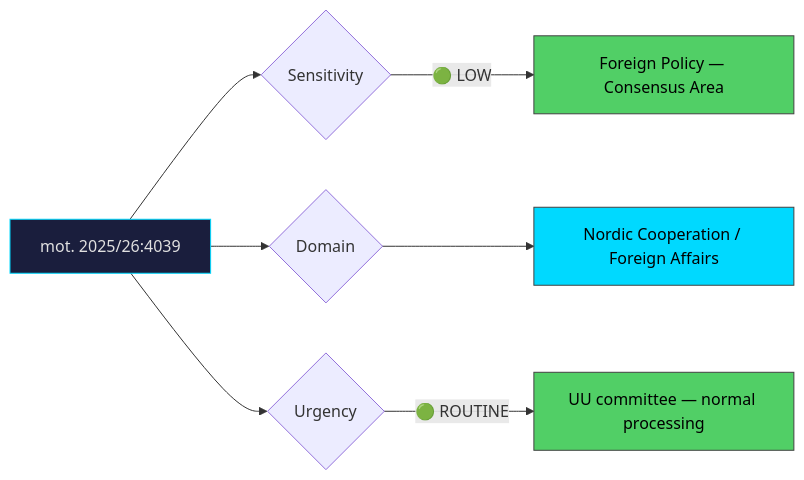
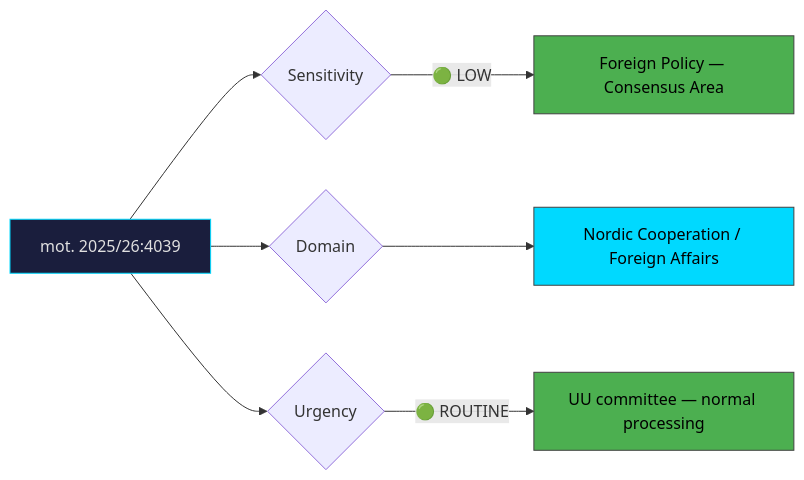
The diagram in analysis/daily/2026-04-10/motions/documents/hd024039-analysis.md (Hack23/riksdagsmonitor), drawn with Mermaid before and after one commit. The commit also changed 121 other files, not shown here.

````diff
--- a/analysis/daily/2026-04-10/motions/documents/hd024039-analysis.md
+++ b/analysis/daily/2026-04-10/motions/documents/hd024039-analysis.md
@@ -22,13 +22,13 @@
 ```mermaid
 graph LR
     A["mot. 2025/26:4039"] --> B{Sensitivity}
     B -->|"🟢 LOW"| C["Foreign Policy — Consensus Area"]
     A --> D{Domain}
     D --> E["Nordic Cooperation / Foreign Affairs"]
     A --> F{Urgency}
     F -->|"🟢 ROUTINE"| G["UU committee — normal processing"]
     style A fill:#1a1e3d,stroke:#00d9ff,color:#e0e0e0
-    style C fill:#51cf66,stroke:#424242,color:#000000
+    style C fill:#4CAF50,stroke:#424242,color:#000000
     style E fill:#00d9ff,stroke:#424242,color:#000000
-    style G fill:#51cf66,stroke:#424242,color:#000000
+    style G fill:#4CAF50,stroke:#424242,color:#000000
 ```
````
